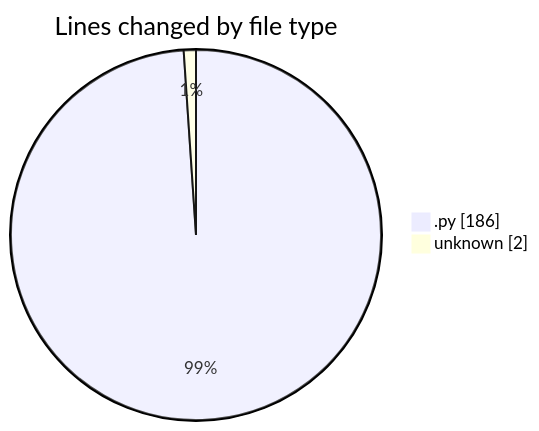
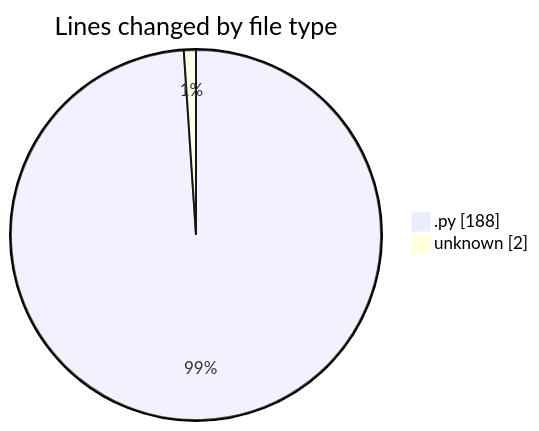
The first of 2 diagrams in 2025-01-21/monteur_automatique/README.md (CELIANVF/code-tracking), drawn with Mermaid before and after one commit. The commit also changed other lines of this file and 1 other file, not shown here.

````diff
--- a/2025-01-21/monteur_automatique/README.md
+++ b/2025-01-21/monteur_automatique/README.md
@@ -23,6 +23,6 @@
 ```mermaid
 pie showData
 title Lines changed by file type
-".py" : 186
+".py" : 188
 "unknown" : 2
 ```
````
